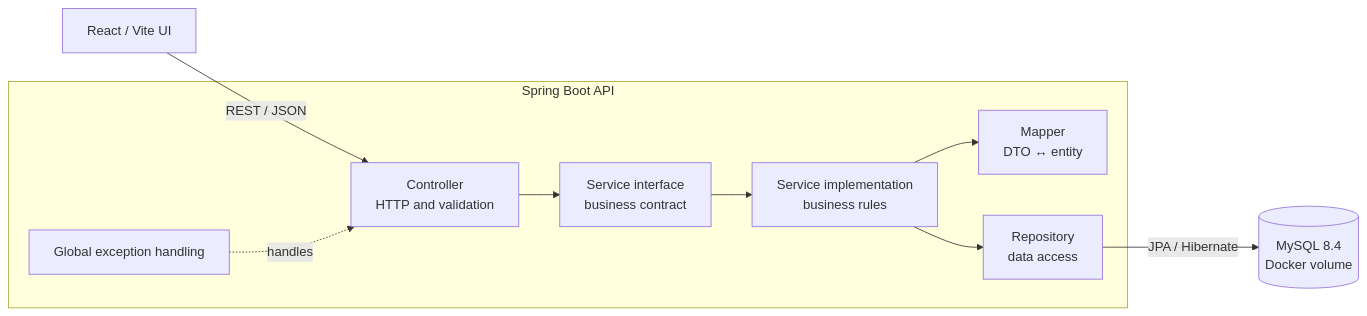
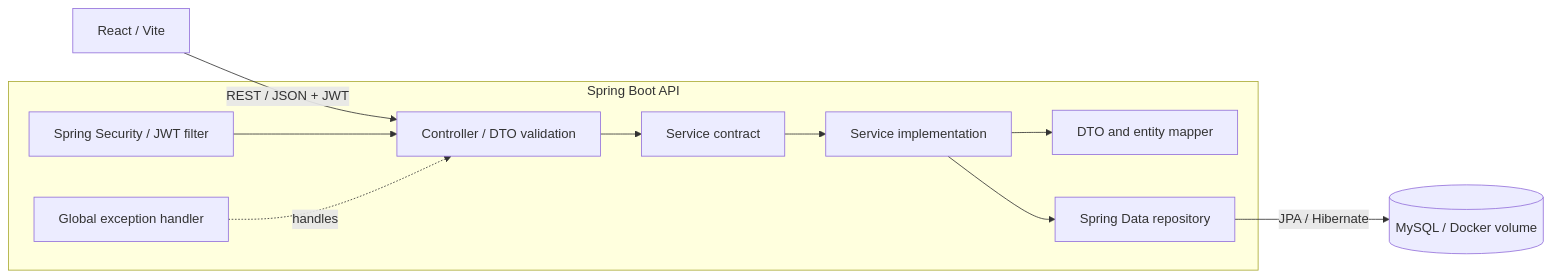
Before and after one commit to BhalchandraOP/Student-Assignment-Manager: the diagram in README.md, drawn with Mermaid. The commit also changed other lines of this file and 4 other files, not shown here.

````diff
--- a/README.md
+++ b/README.md
@@ -18,21 +33,23 @@
 ```mermaid
 flowchart LR
-    Browser[React / Vite UI] -->|REST / JSON| Controller
+    Browser[React / Vite] -->|REST / JSON + JWT| Controller
 
     subgraph Spring Boot API
-        Controller[Controller<br/>HTTP and validation]
-        Service[Service interface<br/>business contract]
-        Implementation[Service implementation<br/>business rules]
-        Mapper[Mapper<br/>DTO ↔ entity]
-        Repository[Repository<br/>data access]
-        Exception[Global exception handling]
+        Security[Spring Security / JWT filter]
+        Controller[Controller / DTO validation]
+        Service[Service contract]
+        Implementation[Service implementation]
+        Mapper[DTO and entity mapper]
+        Repository[Spring Data repository]
+        Exception[Global exception handler]
 
+        Security --> Controller
         Controller --> Service
         Service --> Implementation
         Implementation --> Mapper
         Implementation --> Repository
         Exception -. handles .-> Controller
     end
 
-    Repository -->|JPA / Hibernate| MySQL[(MySQL 8.4<br/>Docker volume)]
+    Repository -->|JPA / Hibernate| MySQL[(MySQL / Docker volume)]
 ```
````
